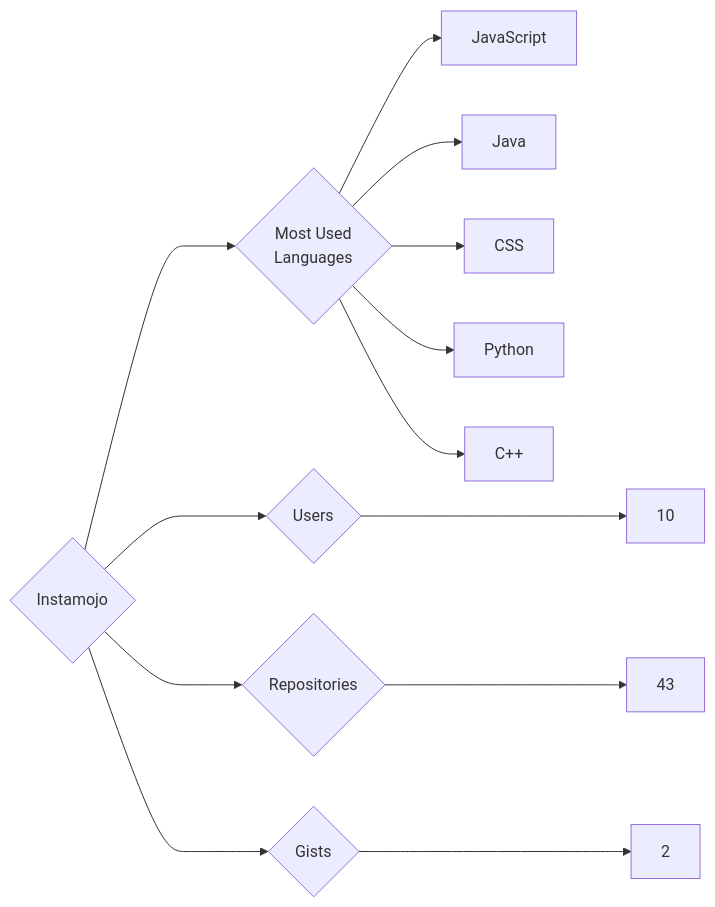
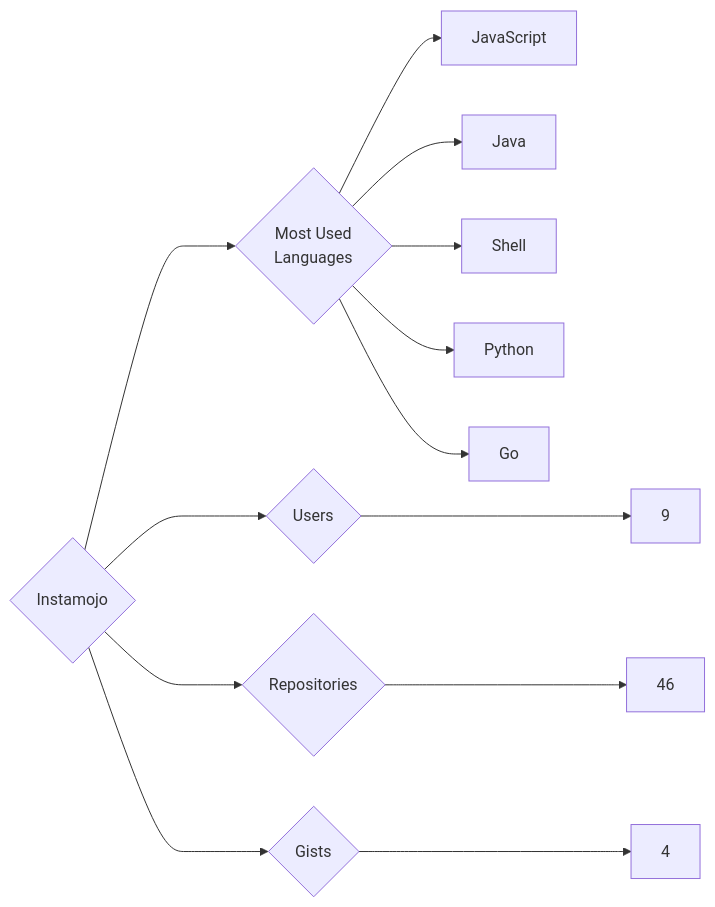
One commit to trickest/insiders changed the diagram in targets/Instamojo/README.md. Above: the diagram before and after it, drawn with Mermaid. The commit also changed 1088 other files, not shown here.

````diff
--- a/targets/Instamojo/README.md
+++ b/targets/Instamojo/README.md
@@ -3,13 +3,13 @@
 ```mermaid
 graph LR
 COMPANY_NAME{Instamojo}
-COMPANY_NAME ---> U{Users} ---> UN[10]
-COMPANY_NAME ---> R{Repositories} ---> RN[43]
-COMPANY_NAME ---> G{Gists} ---> GN[2]
+COMPANY_NAME ---> U{Users} ---> UN[9]
+COMPANY_NAME ---> R{Repositories} ---> RN[46]
+COMPANY_NAME ---> G{Gists} ---> GN[4]
 COMPANY_NAME ---> ML{Most Used<br>Languages}
 ML --> JavaScript[JavaScript]
 ML --> Java[Java]
-ML --> CSS[CSS]
+ML --> Shell[Shell]
 ML --> Python[Python]
-ML --> C++[C++]
+ML --> Go[Go]
 ```
````
